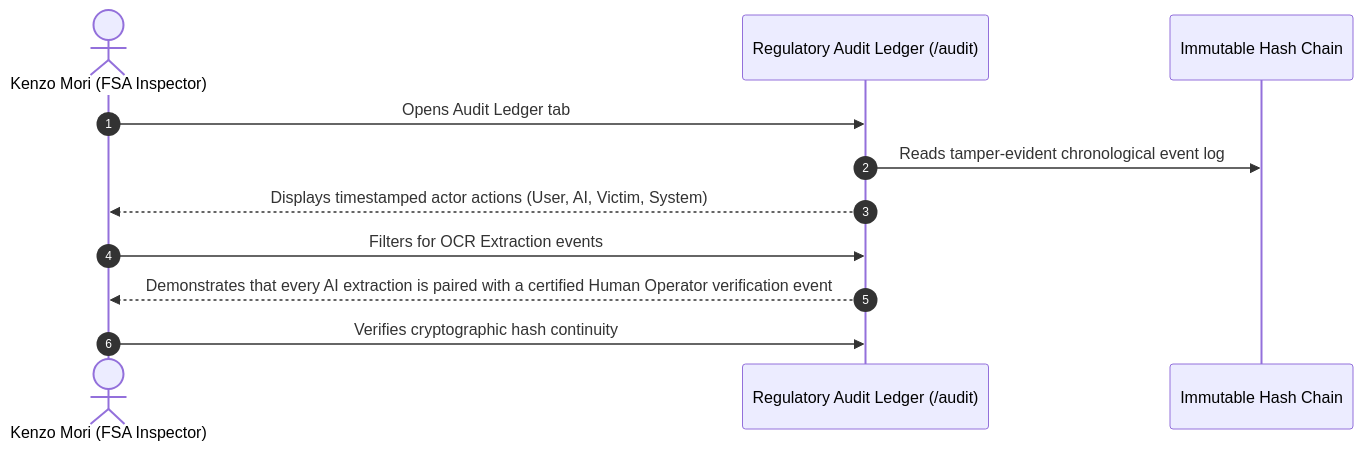
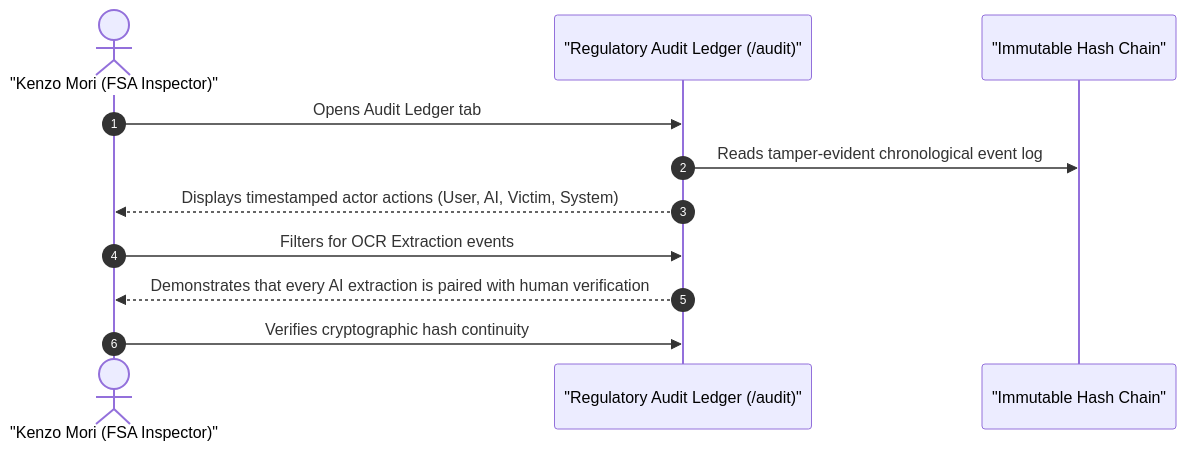
Before and after one commit to minuwu/ReliefOps: the seventh of 7 diagrams in frontend/walkthrough/README.md, drawn with Mermaid. The commit also changed other lines of this file and 8 other files, not shown here.

Commit message:
fix(docs): sanitize mermaid diagrams for github rendering and remove release workflow

````diff
--- a/frontend/walkthrough/README.md
+++ b/frontend/walkthrough/README.md
@@ -309,14 +308,14 @@
 ```mermaid
 sequenceDiagram
     autonumber
-    actor FSA as Kenzo Mori (FSA Inspector)
-    participant UI as Regulatory Audit Ledger (/audit)
-    participant Chain as Immutable Hash Chain
+    actor FSA as "Kenzo Mori (FSA Inspector)"
+    participant UI as "Regulatory Audit Ledger (/audit)"
+    participant Chain as "Immutable Hash Chain"
 
     FSA->>UI: Opens Audit Ledger tab
     UI->>Chain: Reads tamper-evident chronological event log
     UI-->>FSA: Displays timestamped actor actions (User, AI, Victim, System)
     FSA->>UI: Filters for OCR Extraction events
-    UI-->>FSA: Demonstrates that every AI extraction is paired with a certified Human Operator verification event
+    UI-->>FSA: Demonstrates that every AI extraction is paired with human verification
     FSA->>UI: Verifies cryptographic hash continuity
 ```
````
